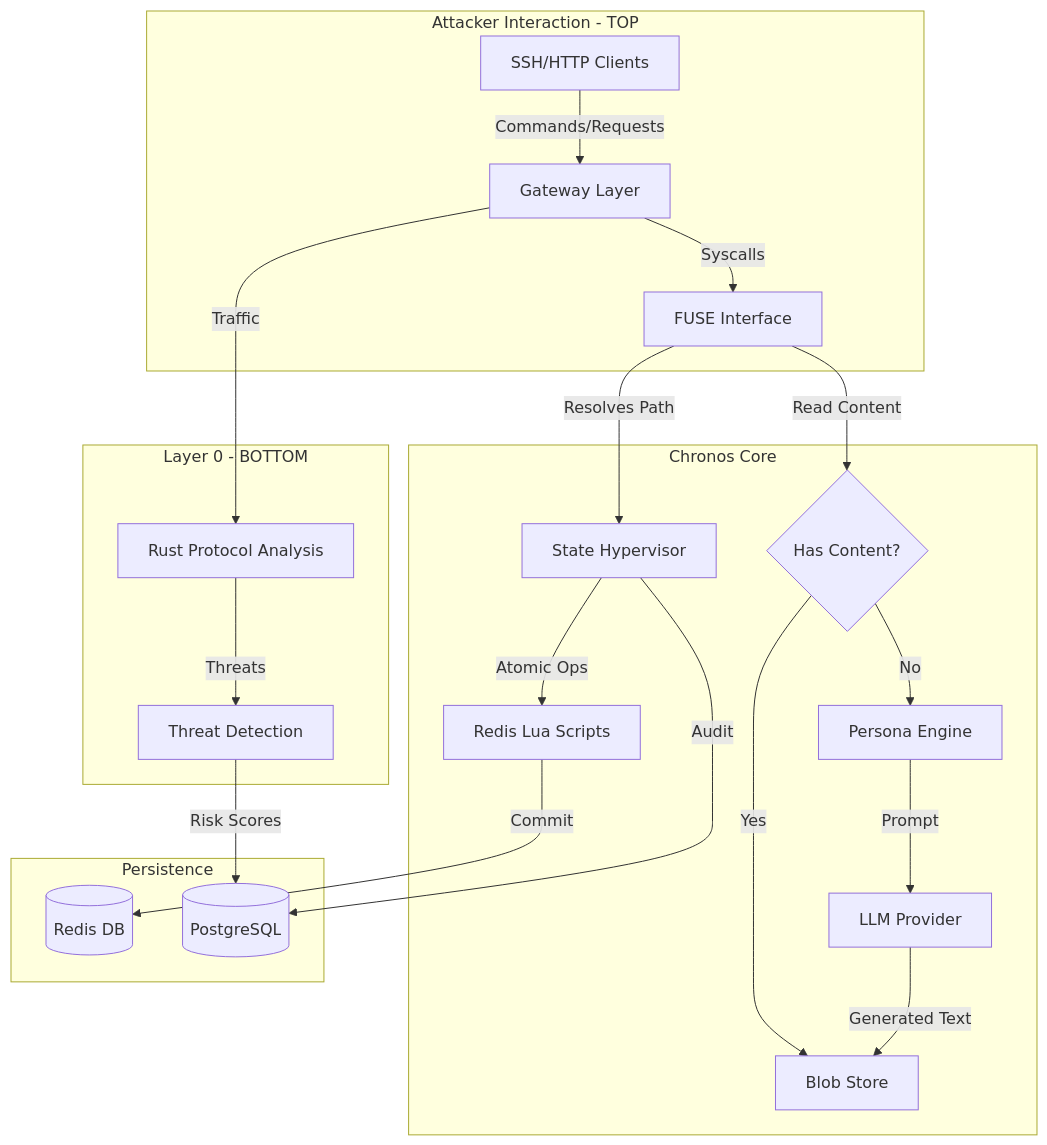
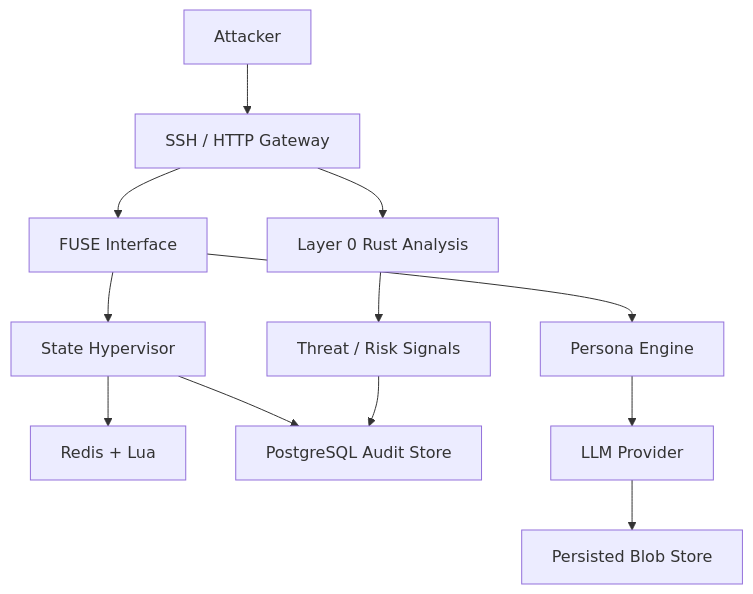
Before and after one commit to Rizzy1857/Apate: the diagram in docs/ARCHITECTURE.md, drawn with Mermaid. The commit also changed other lines of this file and 9 other files, not shown here.

````diff
--- a/docs/ARCHITECTURE.md
+++ b/docs/ARCHITECTURE.md
@@ -28,30 +44,14 @@
 ```mermaid
 graph TD
-    subgraph "Attacker Interaction - TOP"
-        Shell[SSH/HTTP Clients] -->|Commands/Requests| Gateway[Gateway Layer]
-        Gateway -->|Syscalls| Fuse[FUSE Interface]
-    end
-
-    subgraph "Chronos Core"
-        Fuse -->|Resolves Path| Hypervisor[State Hypervisor]
-        Hypervisor -->|Atomic Ops| Lua[Redis Lua Scripts]
-        
-        Fuse -->|Read Content| Cache{Has Content?}
-        Cache -->|Yes| Blob[Blob Store]
-        Cache -->|No| Persona[Persona Engine]
-        
-        Persona -->|Prompt| LLM[LLM Provider]
-        LLM -->|Generated Text| Blob
-    end
-
-    subgraph "Persistence"
-        Lua -->|Commit| Redis[(Redis DB)]
-        Hypervisor -->|Audit| Postgres[(PostgreSQL)]
-    end
-
-    subgraph "Layer 0 - BOTTOM"
-        Gateway -->|Traffic| Layer0[Rust Protocol Analysis]
-        Layer0 -->|Threats| Skills[Threat Detection]
-        Skills -->|Risk Scores| Postgres
-    end
+    A[Attacker] --> B[SSH / HTTP Gateway]
+    B --> C[FUSE Interface]
+    C --> D[State Hypervisor]
+    D --> E[Redis + Lua]
+    D --> F[PostgreSQL Audit Store]
+    C --> G[Persona Engine]
+    G --> H[LLM Provider]
+    H --> I[Persisted Blob Store]
+    B --> J[Layer 0 Rust Analysis]
+    J --> K[Threat / Risk Signals]
+    K --> F
 ```
````
